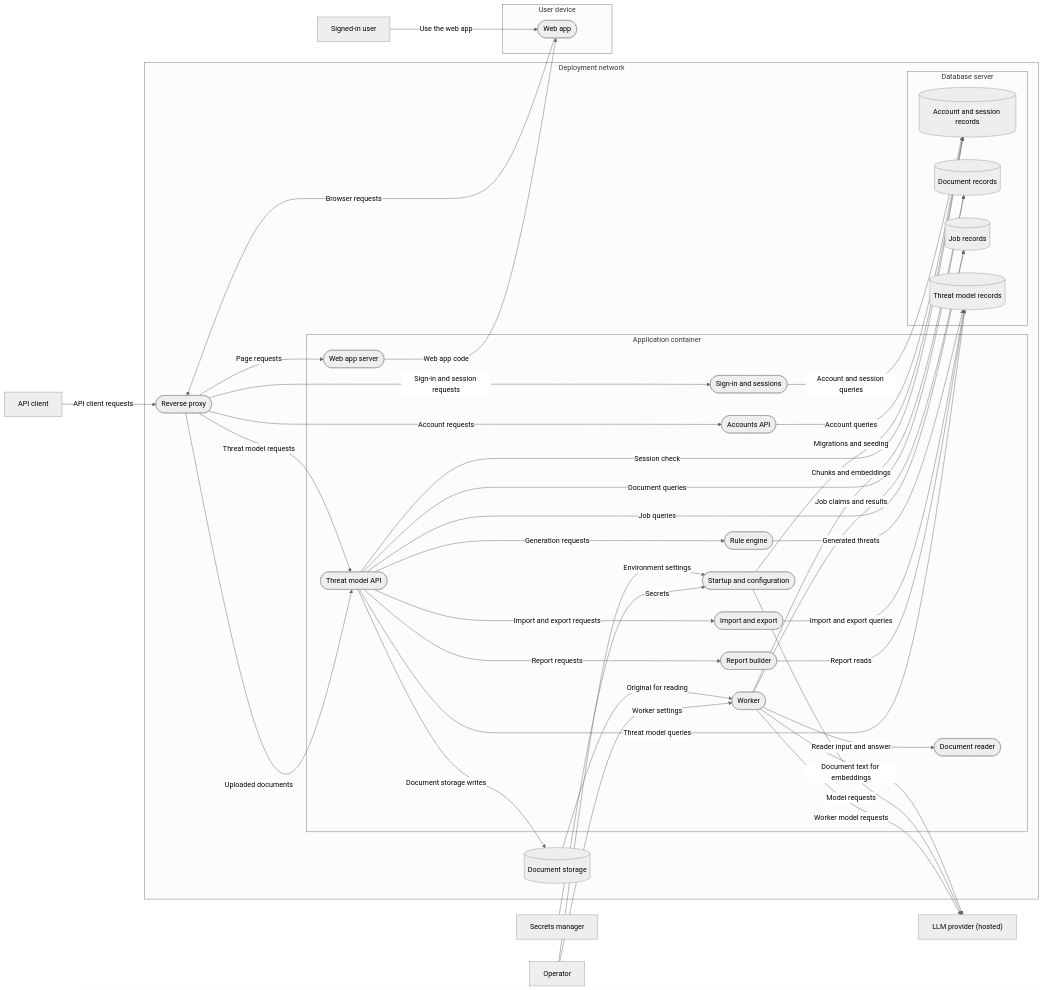
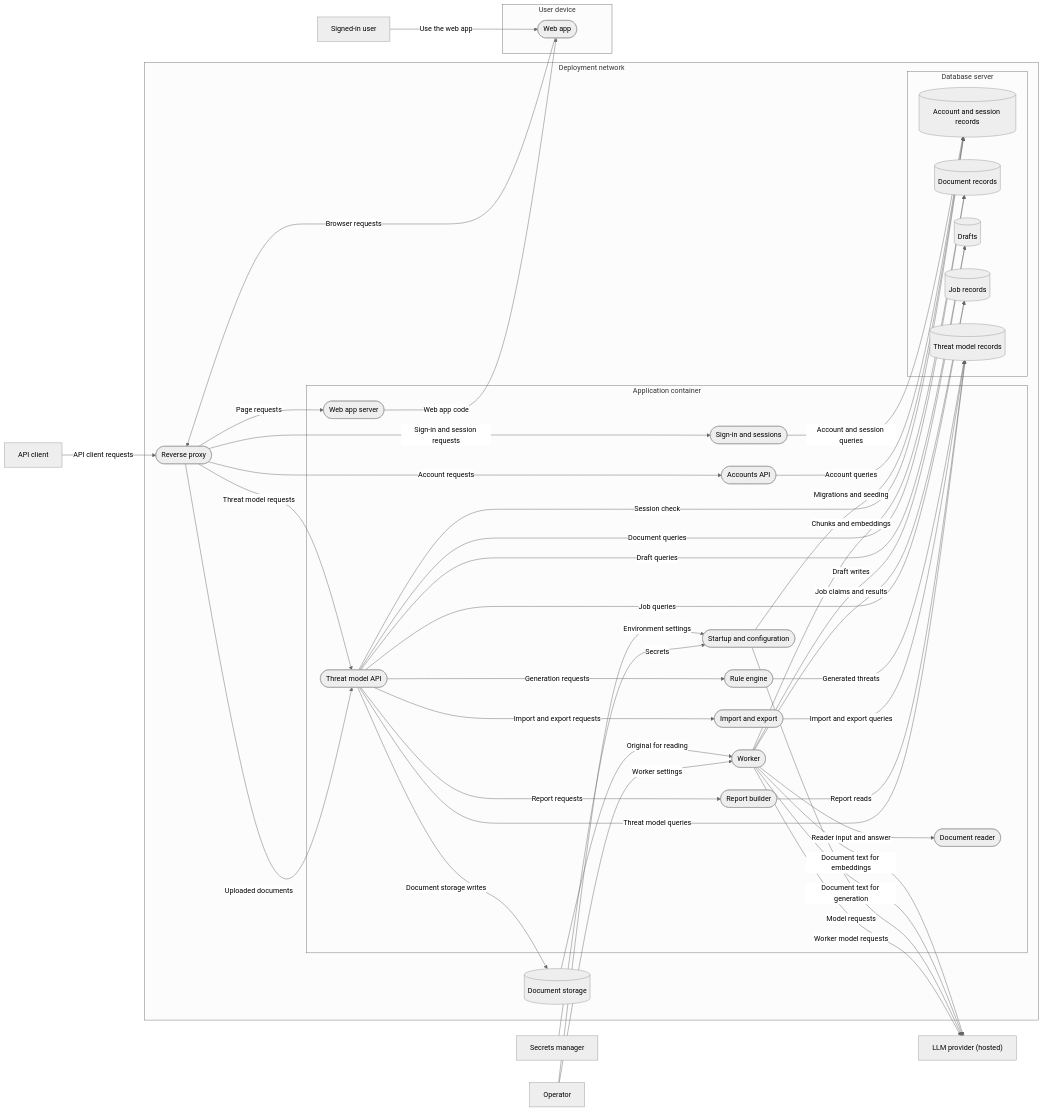
The diagram in docs/threat-model/report.md (shivamsaraswat/scrylux), drawn with Mermaid (neutral theme) before and after one commit. The commit also changed other lines of this file and 135 other files, not shown here.

````diff
--- a/docs/threat-model/report.md
+++ b/docs/threat-model/report.md
@@ -29,66 +29,70 @@
 ```mermaid
 flowchart LR
   subgraph b1["Deployment network"]
     n2(["Reverse proxy"])
     n3[("Document storage")]
-    subgraph b23["Application container"]
-      n24(["Accounts API"])
-      n25(["Document reader"])
-      n26(["Import and export"])
-      n27(["Report builder"])
-      n28(["Rule engine"])
-      n29(["Sign#45;in and sessions"])
-      n30(["Startup and configuration"])
-      n31(["Threat model API"])
-      n32(["Web app server"])
-      n33(["Worker"])
+    subgraph b25["Application container"]
+      n26(["Accounts API"])
+      n27(["Document reader"])
+      n28(["Import and export"])
+      n29(["Report builder"])
+      n30(["Rule engine"])
+      n31(["Sign#45;in and sessions"])
+      n32(["Startup and configuration"])
+      n33(["Threat model API"])
+      n34(["Web app server"])
+      n35(["Worker"])
     end
-    subgraph b38["Database server"]
-      n39[("Account and session records")]
-      n40[("Document records")]
-      n41[("Job records")]
-      n42[("Threat model records")]
+    subgraph b40["Database server"]
+      n41[("Account and session records")]
+      n42[("Document records")]
+      n43[("Drafts")]
+      n44[("Job records")]
+      n45[("Threat model records")]
     end
   end
-  subgraph b43["User device"]
-    n44(["Web app"])
+  subgraph b46["User device"]
+    n47(["Web app"])
   end
-  n45["API client"]
-  n46["LLM provider #40;hosted#41;"]
-  n47["Operator"]
-  n48["Secrets manager"]
-  n49["Signed#45;in user"]
-  n29 -->|"Account and session queries"| n39
-  n24 -->|"Account queries"| n39
-  n2 -->|"Account requests"| n24
-  n33 -->|"Chunks and embeddings"| n40
-  n31 -->|"Document queries"| n40
-  n31 -->|"Document storage writes"| n3
-  n28 -->|"Generated threats"| n42
-  n26 -->|"Import and export queries"| n42
-  n33 -->|"Job claims and results"| n41
-  n31 -->|"Job queries"| n41
-  n30 -->|"Migrations and seeding"| n39
-  n3 -->|"Original for reading"| n33
-  n2 -->|"Page requests"| n32
-  n27 -->|"Report reads"| n42
-  n31 -->|"Session check"| n39
-  n2 -->|"Sign#45;in and session requests"| n29
-  n31 -->|"Threat model queries"| n42
-  n2 -->|"Threat model requests"| n31
-  n2 -->|"Uploaded documents"| n31
-  n31 -->|"Generation requests"| n28
-  n31 -->|"Import and export requests"| n26
-  n33 -->|"Reader input and answer"| n25
-  n31 -->|"Report requests"| n27
-  n45 -->|"API client requests"| n2
-  n44 -->|"Browser requests"| n2
-  n33 -->|"Document text for embeddings"| n46
-  n47 -->|"Environment settings"| n30
-  n30 -->|"Model requests"| n46
-  n48 -->|"Secrets"| n30
-  n49 -->|"Use the web app"| n44
-  n32 -->|"Web app code"| n44
-  n33 -->|"Worker model requests"| n46
-  n47 -->|"Worker settings"| n33
+  n48["API client"]
+  n49["LLM provider #40;hosted#41;"]
+  n50["Operator"]
+  n51["Secrets manager"]
+  n52["Signed#45;in user"]
+  n31 -->|"Account and session queries"| n41
+  n26 -->|"Account queries"| n41
+  n2 -->|"Account requests"| n26
+  n35 -->|"Chunks and embeddings"| n42
+  n33 -->|"Document queries"| n42
+  n33 -->|"Document storage writes"| n3
+  n33 -->|"Draft queries"| n43
+  n35 -->|"Draft writes"| n43
+  n30 -->|"Generated threats"| n45
+  n28 -->|"Import and export queries"| n45
+  n35 -->|"Job claims and results"| n44
+  n33 -->|"Job queries"| n44
+  n32 -->|"Migrations and seeding"| n41
+  n3 -->|"Original for reading"| n35
+  n2 -->|"Page requests"| n34
+  n29 -->|"Report reads"| n45
+  n33 -->|"Session check"| n41
+  n2 -->|"Sign#45;in and session requests"| n31
+  n33 -->|"Threat model queries"| n45
+  n2 -->|"Threat model requests"| n33
+  n2 -->|"Uploaded documents"| n33
+  n33 -->|"Generation requests"| n30
+  n33 -->|"Import and export requests"| n28
+  n35 -->|"Reader input and answer"| n27
+  n33 -->|"Report requests"| n29
+  n48 -->|"API client requests"| n2
+  n47 -->|"Browser requests"| n2
+  n35 -->|"Document text for embeddings"| n49
+  n35 -->|"Document text for generation"| n49
+  n50 -->|"Environment settings"| n32
+  n32 -->|"Model requests"| n49
+  n51 -->|"Secrets"| n32
+  n52 -->|"Use the web app"| n47
+  n34 -->|"Web app code"| n47
+  n35 -->|"Worker model requests"| n49
+  n50 -->|"Worker settings"| n35
 ```
````
